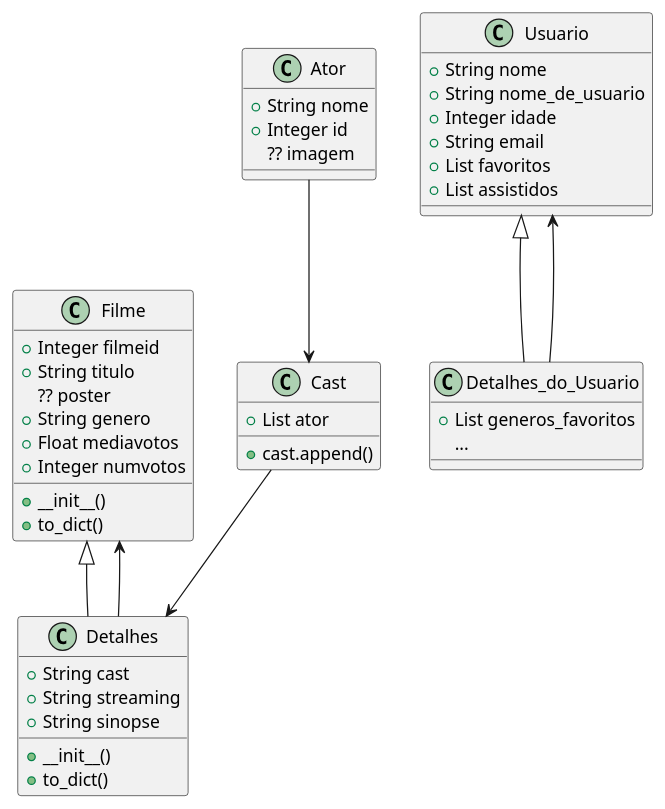
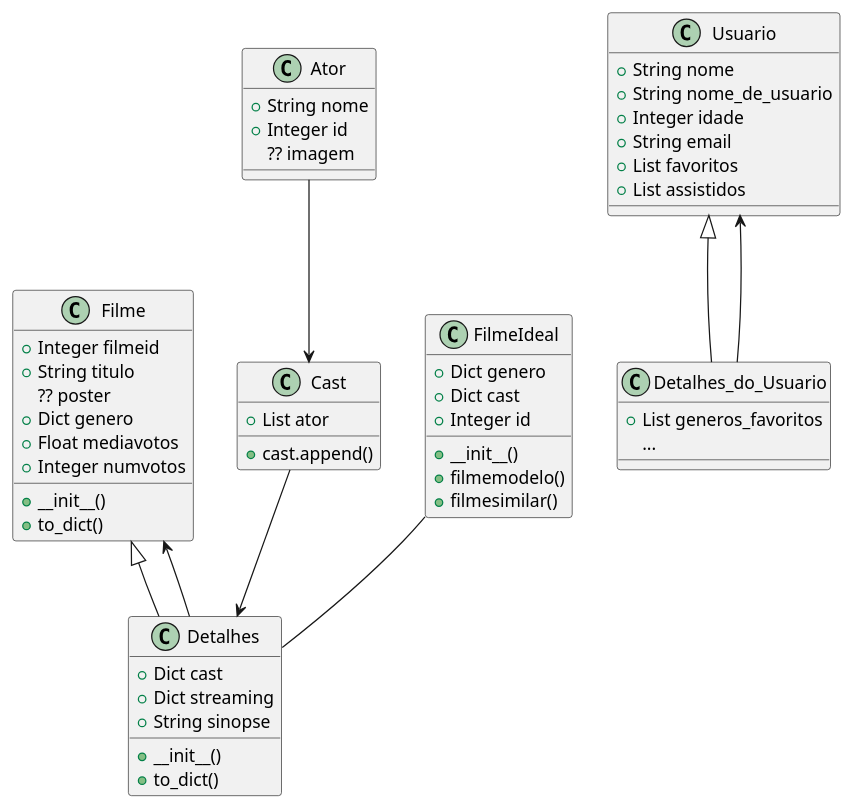
One commit to isadora-yasmim/ms_20242_g3 changed the diagram in diagrama_de_classes.plantuml. Above: the diagram before and after it, drawn with PlantUML.

```diff
--- a/diagrama_de_classes.plantuml
+++ b/diagrama_de_classes.plantuml
@@ -1,54 +1,64 @@
 @startuml Diagrama_de_Classses_KlimaX
         class Filme {
                 +Integer filmeid
                 +String titulo
                 ?? poster
-                +String genero
+                +Dict genero
                 +Float mediavotos
                 +Integer numvotos
 
                 +__init__()
                 +to_dict()
         }
 
         class Detalhes extends Filme {
-                +String cast
-                +String streaming
+                +Dict cast
+                +Dict streaming
                 +String sinopse
 
                 +__init__()
                 +to_dict()
         }
 
         class Cast{
                 +List ator
                 +cast.append()
         }
 
         class Ator {
                 +String nome
-                +Integer id 
+                +Integer id
                 ?? imagem
         }
 
         class Usuario {
                 +String nome
                 +String nome_de_usuario
-                +Integer idade 
+                +Integer idade
                 +String email
                 +List favoritos
                 +List assistidos
+        }
+        class FilmeIdeal {
+                +Dict genero
+                +Dict cast
+                +Integer id
+
+                +__init__()
+                +filmemodelo()
+                +filmesimilar()
         }
 
         class Detalhes_do_Usuario extends Usuario {
                 +List generos_favoritos
                 ...
-                
+
         }
 
+        FilmeIdeal -- Detalhes
         Detalhes --> Filme
         Cast --> Detalhes
         Ator --> Cast
         Detalhes_do_Usuario --> Usuario
 
 @enduml
```
